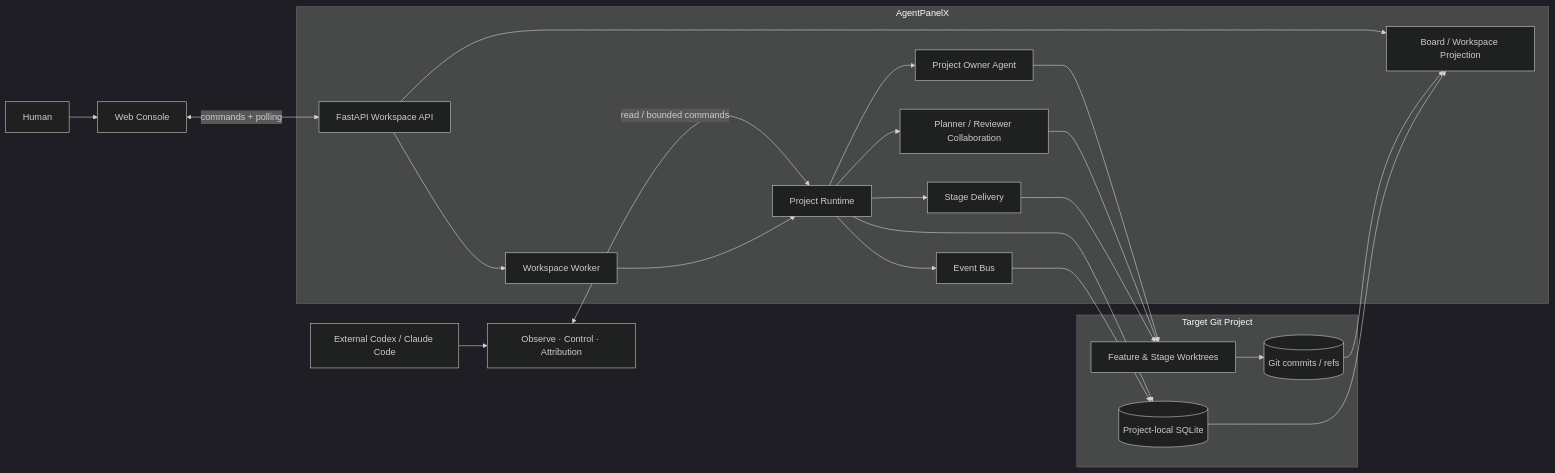
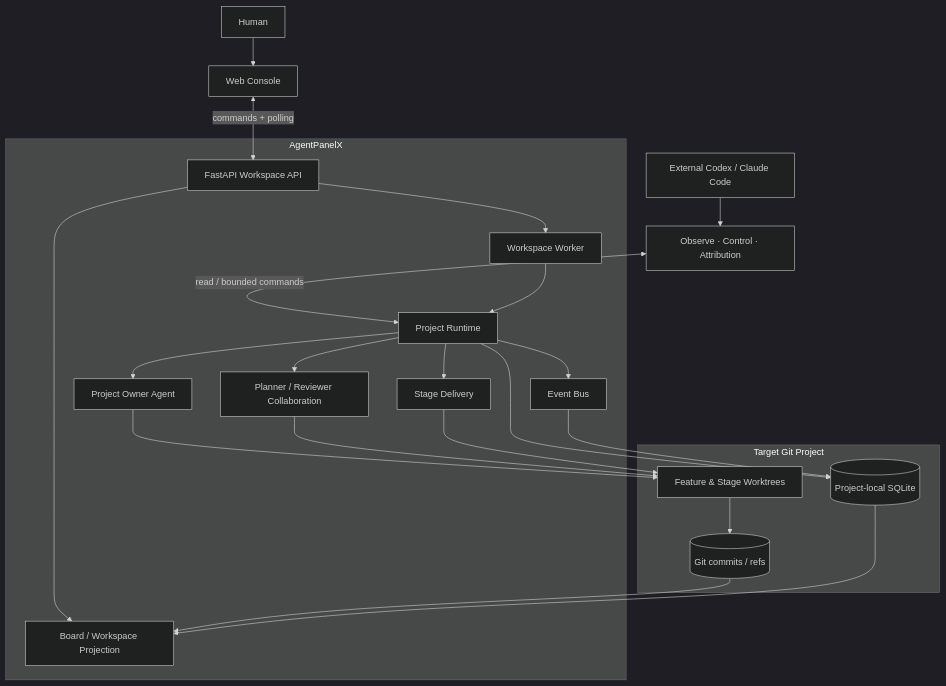
One commit to aowo-1345/AgentPanelX changed the first of 10 diagrams in docs/architecture.md. Above: the diagram before and after it, drawn with Mermaid (dark theme). The commit also changed 2 other files, not shown here.

Commit message:
docs: present the project system context

````diff
--- a/docs/architecture.md
+++ b/docs/architecture.md
@@ -16,44 +16,44 @@
 ```mermaid
-flowchart LR
+flowchart TB
     Human[Human]
     Browser[Web Console]
     External[External Codex / Claude Code]
     Skills[Observe · Control · Attribution]
 
     subgraph APX[AgentPanelX]
         API[FastAPI Workspace API]
         Worker[Workspace Worker]
         Runtime[Project Runtime]
         Owner[Project Owner Agent]
         Collaboration[Planner / Reviewer Collaboration]
         Delivery[Stage Delivery]
         Projection[Board / Workspace Projection]
         Bus[Event Bus]
     end
 
     subgraph Project[Target Git Project]
         Worktrees[Feature & Stage Worktrees]
         Git[(Git commits / refs)]
         SQLite[(Project-local SQLite)]
     end
 
     Human --> Browser
     Browser <-->|commands + polling| API
     External --> Skills
     Skills <-->|read / bounded commands| Runtime
     API --> Worker
     API --> Projection
     Worker --> Runtime
     Runtime --> Owner
     Runtime --> Collaboration
     Runtime --> Delivery
     Owner --> Worktrees
     Collaboration --> Worktrees
     Delivery --> Worktrees
     Worktrees --> Git
     Runtime --> SQLite
     Runtime --> Bus
     Bus --> SQLite
     Git --> Projection
     SQLite --> Projection
 ```
````
